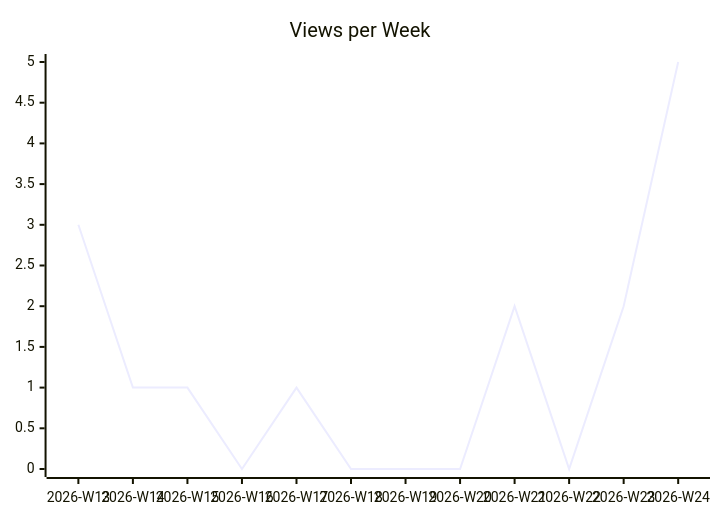
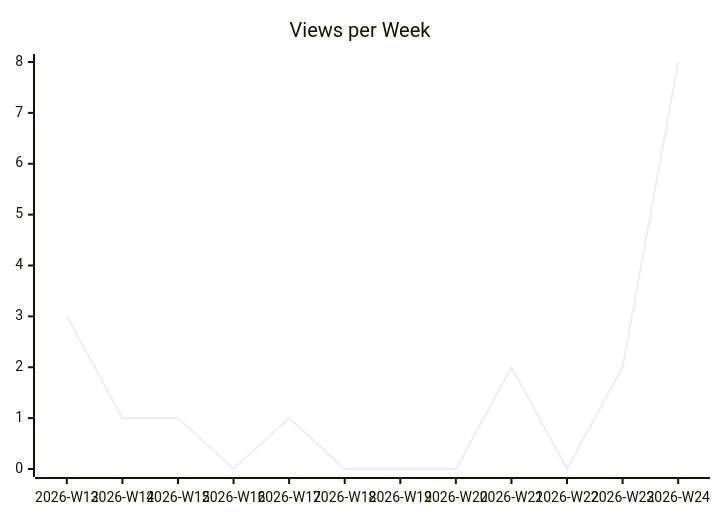
One commit to justdavis-family/github-analytics-data changed the second of 3 diagrams in karlmdavis/rps-tourney/README.md. Above: the diagram before and after it, drawn with Mermaid. The commit also changed other lines of this file and 195 other files, not shown here.

````diff
--- a/karlmdavis/rps-tourney/README.md
+++ b/karlmdavis/rps-tourney/README.md
@@ -12,6 +12,6 @@
 ```mermaid
 xychart-beta
   title "Views per Week"
   x-axis ["2026-W13", "2026-W14", "2026-W15", "2026-W16", "2026-W17", "2026-W18", "2026-W19", "2026-W20", "2026-W21", "2026-W22", "2026-W23", "2026-W24"]
-  line [3, 1, 1, 0, 1, 0, 0, 0, 2, 0, 2, 5]
+  line [3, 1, 1, 0, 1, 0, 0, 0, 2, 0, 2, 8]
 ```
````
